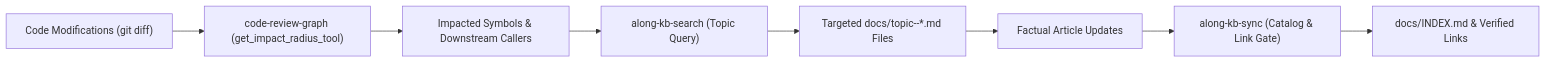
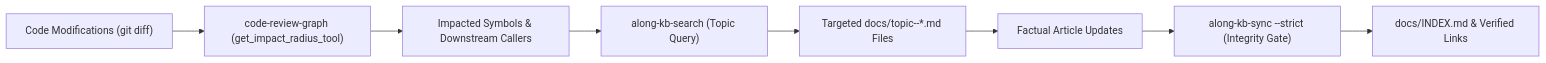
One commit to actdim/agents changed the second of 2 diagrams in docs/topic--llm-wiki-architecture.md. Above: the diagram before and after it, drawn with Mermaid. The commit also changed other lines of this file and 39 other files, not shown here.

````diff
--- a/docs/topic--llm-wiki-architecture.md
+++ b/docs/topic--llm-wiki-architecture.md
@@ -113,10 +112,10 @@
 ```mermaid
 flowchart LR
     DIFF["Code Modifications (git diff)"] --> CRG["code-review-graph (get_impact_radius_tool)"]
     CRG --> IMPACT["Impacted Symbols & Downstream Callers"]
     IMPACT --> SEARCH["along-kb-search (Topic Query)"]
     SEARCH --> TOPICS["Targeted docs/topic--*.md Files"]
     TOPICS --> EDIT["Factual Article Updates"]
-    EDIT --> KBSYNC["along-kb-sync (Catalog & Link Gate)"]
+    EDIT --> KBSYNC["along-kb-sync --strict (Integrity Gate)"]
     KBSYNC --> INDEX["docs/INDEX.md & Verified Links"]
 ```
````
